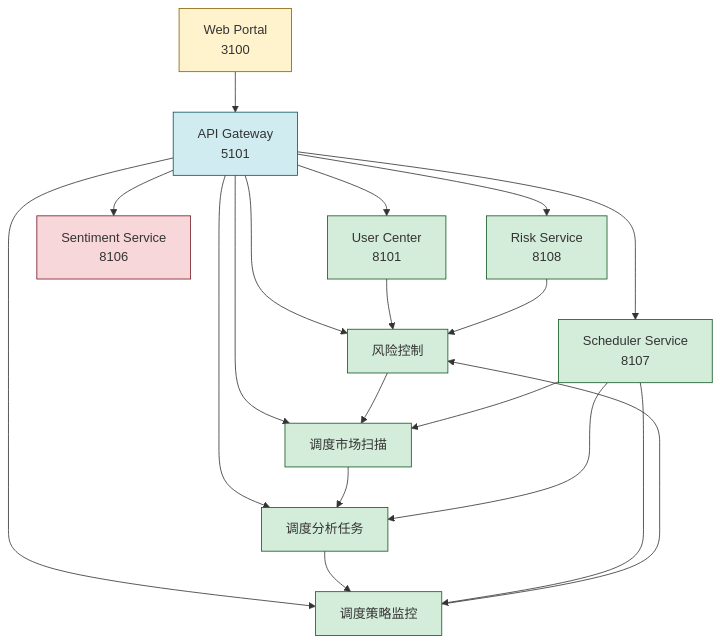
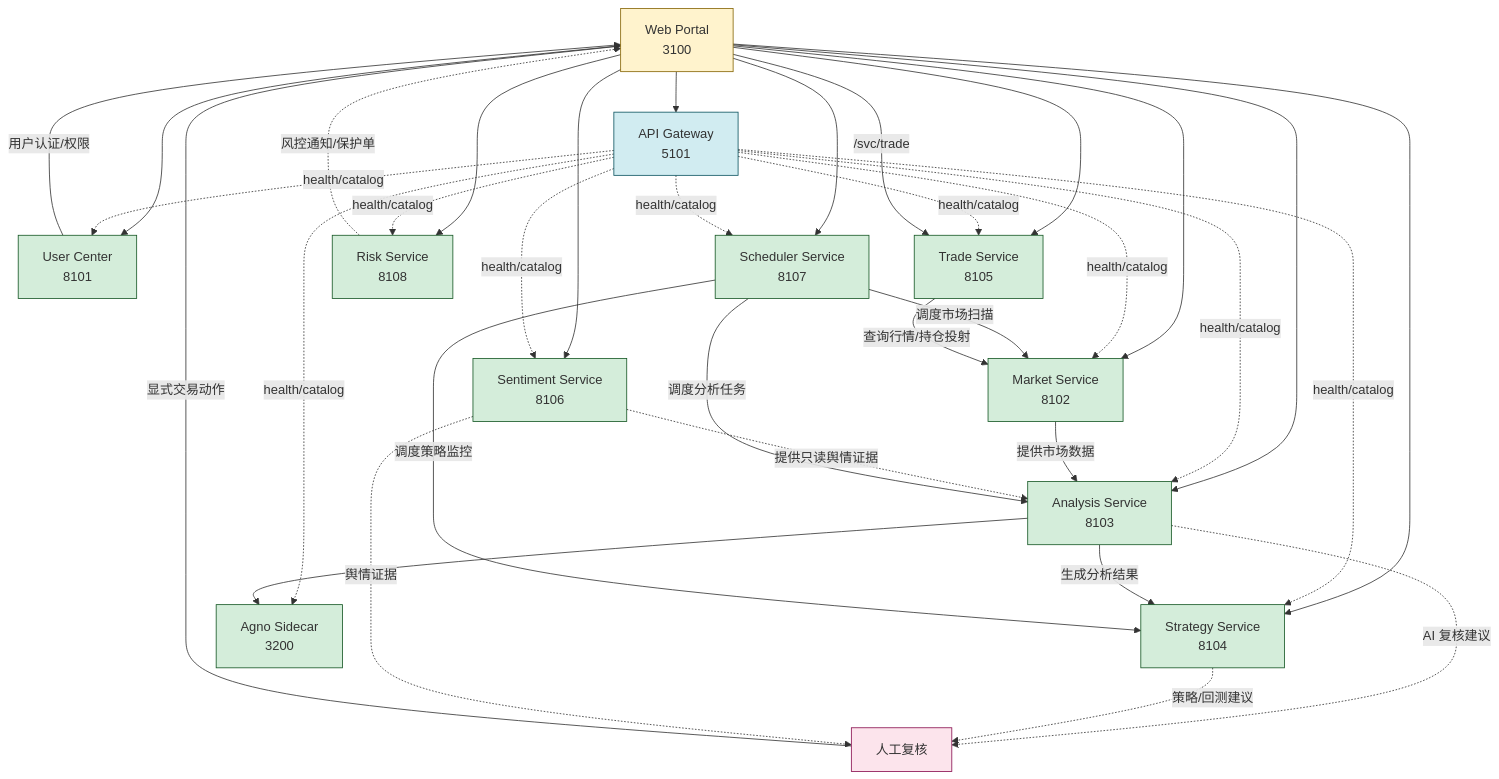
One commit to lusd2904/longbridge-platform-core changed the diagram in docs/architecture-overview.md. Above: the diagram before and after it, drawn with Mermaid. The commit also changed other lines of this file and 82 other files, not shown here.

````diff
--- a/docs/architecture-overview.md
+++ b/docs/architecture-overview.md
@@ -22,37 +27,52 @@
 ```mermaid
 graph TD
     %% 前端层
-    WP[Web Portal<br/>3100] --> AG[API Gateway<br/>5101]
+    WP[Web Portal<br/>3100] --> UC[User Center<br/>8101]
+    WP --> MS[Market Service<br/>8102]
+    WP --> AS[Analysis Service<br/>8103]
+    WP --> SS[Strategy Service<br/>8104]
+    WP --> TS[Trade Service<br/>8105]
+    WP --> SNS[Sentiment Service<br/>8106]
+    WP --> SCH[Scheduler Service<br/>8107]
+    WP --> RS[Risk Service<br/>8108]
+    WP --> AG[API Gateway<br/>5101]
     
-    %% API网关层
-    AG --> UC[User Center<br/>8101]
-    AG --> MS[Market Service<br/>8102]
-    AG --> AS[Analysis Service<br/>8103]
-    AG --> SS[Strategy Service<br/>8104]
-    AG --> TS[Trade Service<br/>8105]
-    AG --> SNS[Sentiment Service<br/>8106]
-    AG --> SCH[Scheduler Service<br/>8107]
-    AG --> RS[Risk Service<br/>8108]
+    %% API Gateway 只做目录和观测，不转发业务 API
+    AG -.health/catalog.-> UC
+    AG -.health/catalog.-> MS
+    AG -.health/catalog.-> AS
+    AG -.health/catalog.-> SS
+    AG -.health/catalog.-> TS
+    AG -.health/catalog.-> SNS
+    AG -.health/catalog.-> SCH
+    AG -.health/catalog.-> RS
+    AG -.health/catalog.-> AGNO
     
     %% 服务间交互（部分关键交互）
-    MS --> AS[提供市场数据]
-    AS --> SS[提供分析结果]
-    SS --> TS[提供策略信号]
-    TS --> MS[查询持仓/价格]
-    UC --> TS[提供用户认证]
-    RS --> TS[风险控制]
-    SCH --> AS[调度分析任务]
-    SCH --> MS[调度市场扫描]
-    SCH --> SS[调度策略监控]
+    MS -->|提供市场数据| AS
+    SNS -. "提供只读舆情证据" .-> AS
+    AS -->|生成分析结果| SS
+    SCH -->|调度分析任务| AS
+    SCH -->|调度市场扫描| MS
+    SCH -->|调度策略监控| SS
+    AS --> AGNO[Agno Sidecar<br/>3200]
+    AS -. "AI 复核建议" .-> HR[人工复核]
+    SS -. "策略/回测建议" .-> HR
+    SNS -. "舆情证据" .-> HR
+    HR -->|显式交易动作| WP
+    WP -->|/svc/trade| TS
+    TS -->|查询行情/持仓投射| MS
+    UC -->|用户认证/权限| WP
+    RS -. "风控通知/保护单" .-> WP
     
     %% 样式定义
     classDef live fill:#d4edda,stroke:#155724;
-    classDef placeholder fill:#f8d7da,stroke:#721c24;
     classDef gateway fill:#d1ecf1,stroke:#0c5460;
     classDef frontend fill:#fff3cd,stroke:#856404;
+    classDef human fill:#fce4ec,stroke:#880e4f;
     
     class WP frontend;
     class AG gateway;
-    class UC,MS,AS,SS,TS,SCH,RS live;
-    class SNS placeholder;
+    class UC,MS,AS,SS,TS,SNS,SCH,RS,AGNO live;
+    class HR human;
 ```
````
